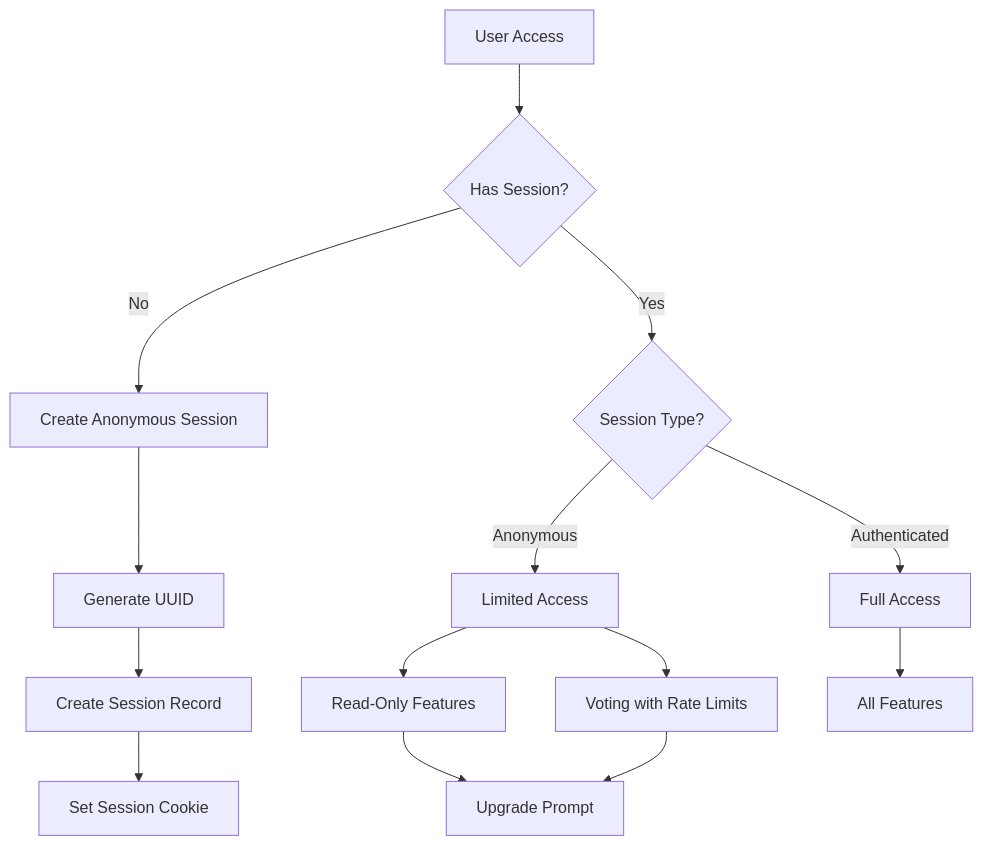
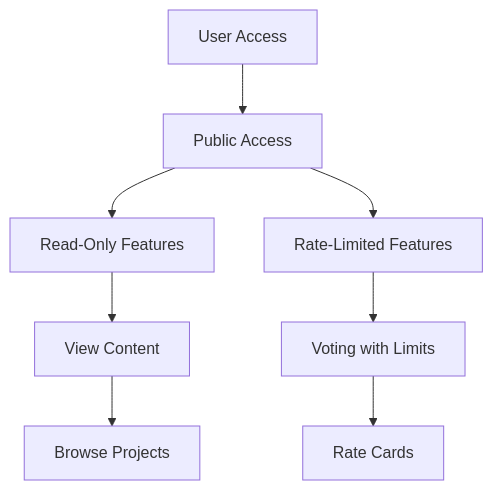
One commit to moldovancsaba/narimato changed the sixth of 7 diagrams in ARCHITECTURE.md. Above: the diagram before and after it, drawn with Mermaid. The commit also changed other lines of this file and 135 other files, not shown here.

````diff
--- a/ARCHITECTURE.md
+++ b/ARCHITECTURE.md
@@ -326,16 +477,10 @@
 ```mermaid
 graph TD
-    A[User Access] --> B{Has Session?}
-    B -->|No| C[Create Anonymous Session]
-    B -->|Yes| D{Session Type?}
-    C --> E[Generate UUID]
-    E --> F[Create Session Record]
-    F --> G[Set Session Cookie]
-    D -->|Anonymous| H[Limited Access]
-    D -->|Authenticated| I[Full Access]
-    H --> J[Read-Only Features]
-    H --> L[Voting with Rate Limits]
-    I --> K[All Features]
-    J --> M[Upgrade Prompt]
-    L --> M
+    A[User Access] --> B[Public Access]
+    B --> C[Read-Only Features]
+    B --> D[Rate-Limited Features]
+    C --> E[View Content]
+    D --> F[Voting with Limits]
+    E --> G[Browse Projects]
+    F --> H[Rate Cards]
 ```
````
